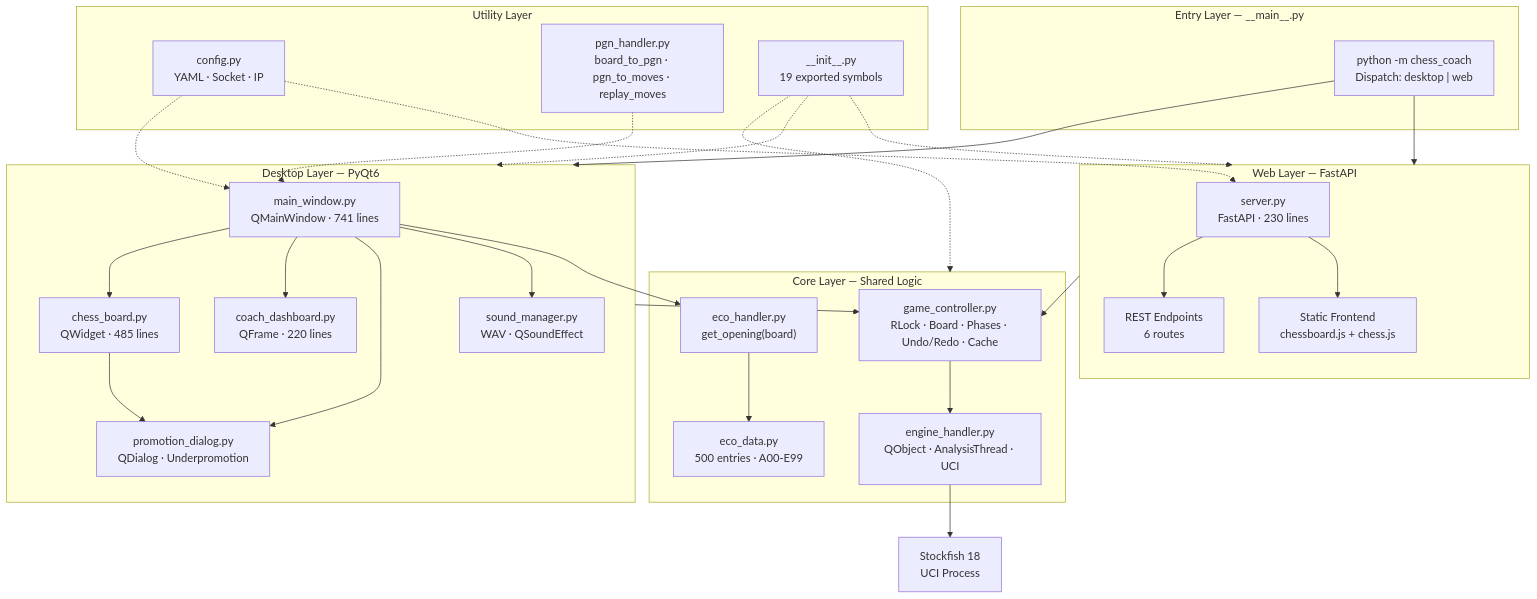
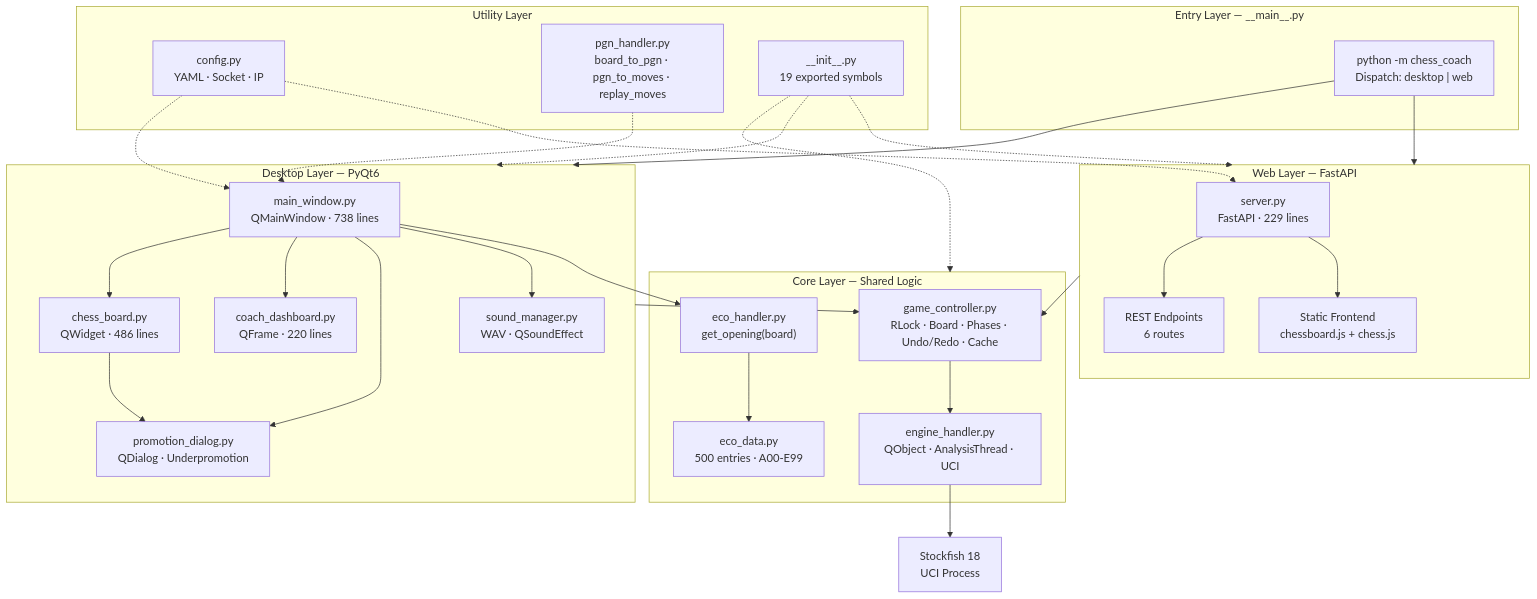
The first of 6 diagrams in ARCHITECTURE.md (krsnaSuraj/chess-coach), drawn with Mermaid before and after one commit. The commit also changed other lines of this file and 1 other file, not shown here.

Commit message:
docs: fix line counts, pre-bound socket claims, symbol breakdown, test metadata
ARCHITECTURE.md:
- main_window.py 741→738, chess_board.py 485→486, server.py 230→229
- find_free_port: "Pre-bound, TOCTOU-safe" → "Probes port, caller closes before uvicorn"
- "Pre-bound socket passed to uvicorn" → "Small race window between close and bind"
- "Pre-bound socket — eliminates TOCTOU race" → "Port probe"

README.md:
- "pre-bound socket (no TOCTOU race)" → "double-checked locking"
- "5 config + 2 game + 3 ECO + 4 GUI" → "4 config + 2 game + 2 ECO + 6 GUI"
- "pre-bound socket port" → "port probe"
- "pre-bound sockets" → removed
- "pytest, mocktail" → "pytest"
- "8 test categories" → "10 test classes"

````diff
--- a/ARCHITECTURE.md
+++ b/ARCHITECTURE.md
@@ -42,49 +42,49 @@
 ```mermaid
 graph TB
     subgraph Entry["Entry Layer — __main__.py"]
         CLI["python -m chess_coach<br/>Dispatch: desktop | web"]
     end
 
     subgraph Desktop["Desktop Layer — PyQt6"]
-        MW["main_window.py<br/>QMainWindow · 741 lines"]
-        CB["chess_board.py<br/>QWidget · 485 lines"]
+        MW["main_window.py<br/>QMainWindow · 738 lines"]
+        CB["chess_board.py<br/>QWidget · 486 lines"]
         CD["coach_dashboard.py<br/>QFrame · 220 lines"]
         PD["promotion_dialog.py<br/>QDialog · Underpromotion"]
         SM["sound_manager.py<br/>WAV · QSoundEffect"]
         MW --> CB
         MW --> CD
         MW --> PD
         MW --> SM
         CB --> PD
     end
 
     subgraph Web["Web Layer — FastAPI"]
-        SV["server.py<br/>FastAPI · 230 lines"]
+        SV["server.py<br/>FastAPI · 229 lines"]
         API["REST Endpoints<br/>6 routes"]
         STATIC["Static Frontend<br/>chessboard.js + chess.js"]
         SV --> API & STATIC
     end
 
     subgraph Core["Core Layer — Shared Logic"]
         GC["game_controller.py<br/>RLock · Board · Phases · Undo/Redo · Cache"]
         EH["engine_handler.py<br/>QObject · AnalysisThread · UCI"]
         ECO["eco_handler.py<br/>get_opening(board)"]
         ECD["eco_data.py<br/>500 entries · A00-E99"]
         ECO --> ECD
     end
 
     subgraph Util["Utility Layer"]
         CFG["config.py<br/>YAML · Socket · IP"]
         PGN["pgn_handler.py<br/>board_to_pgn · pgn_to_moves · replay_moves"]
         INIT["__init__.py<br/>19 exported symbols"]
     end
 
     CLI --> Desktop & Web
     Desktop & Web --> GC
     GC --> EH
     MW --> ECO
     EH --> SF["Stockfish 18<br/>UCI Process"]
     CFG -.-> MW & SV
     PGN -.-> MW
     INIT -.-> Core & Desktop & Web
 ```
````
